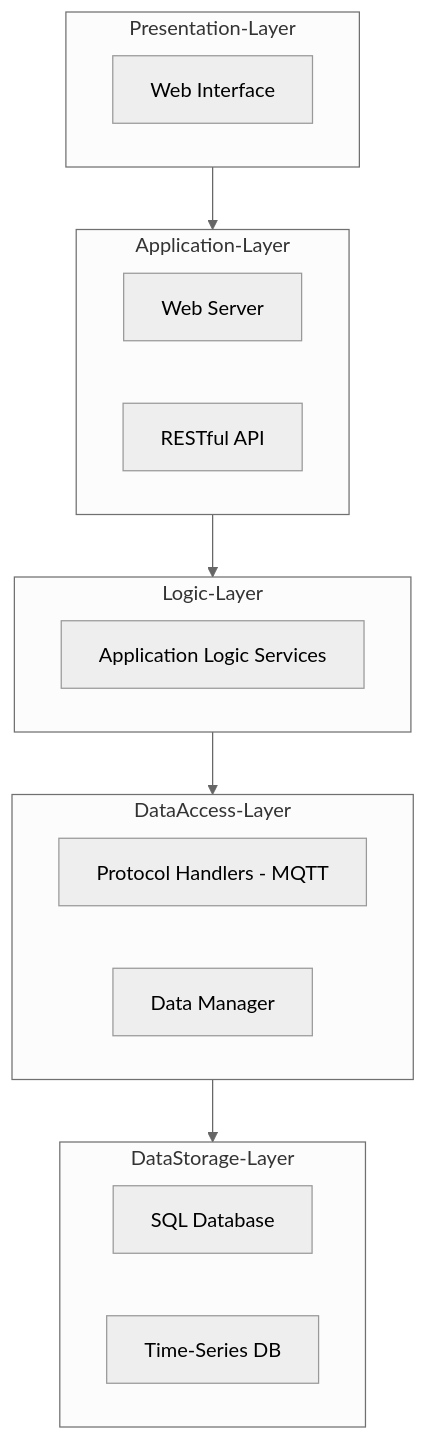
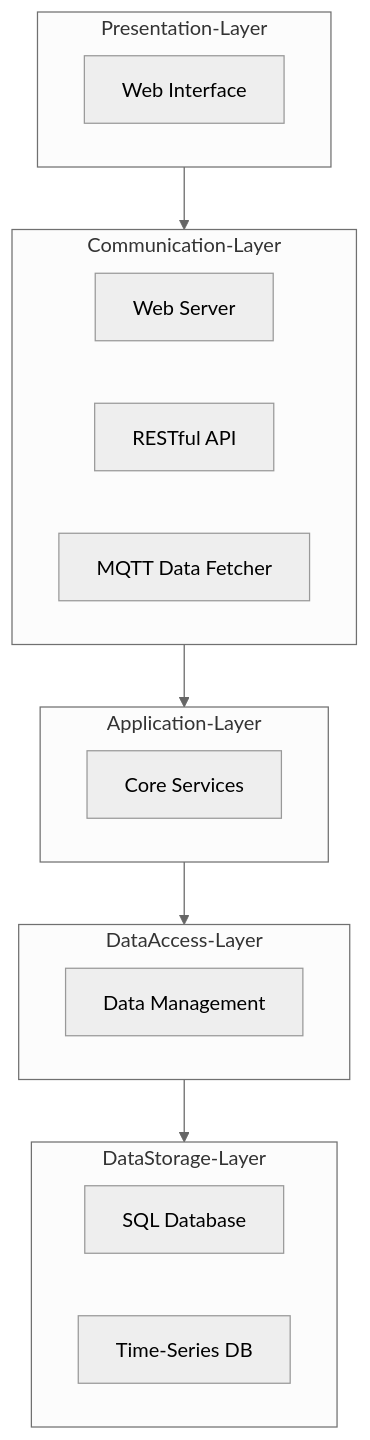
One commit to Distributed-IoT-Software-Arch-Course/iot-monolithic-arch-playground changed the diagram in README.md. Above: the diagram before and after it, drawn with Mermaid (neutral theme). The commit also changed other lines of this file and 30 other files, not shown here.

Commit message:
MQTT Data Fetcher Integrated

````diff
--- a/README.md
+++ b/README.md
@@ -13,30 +13,30 @@
 ```mermaid
 graph TD
   subgraph Presentation-Layer
     A1[Web Interface]
   end
   
-  subgraph Application-Layer
+  subgraph Communication-Layer
     B1[Web Server]
     B2[RESTful API]
+    B3[MQTT Data Fetcher]
   end
   
-  subgraph Logic-Layer
-    C1[Application Logic Services]
+  subgraph Application-Layer
+    C1[Core Services]
   end
   
   subgraph DataAccess-Layer
-    D1[Protocol Handlers - MQTT]
-    D2[Data Manager]
+    D2[Data Management]
   end
   
   subgraph DataStorage-Layer
     E1[SQL Database]
     E2[Time-Series DB]
   end
 
-  Presentation-Layer --> Application-Layer
-  Application-Layer --> Logic-Layer
-  Logic-Layer --> DataAccess-Layer
+  Presentation-Layer --> Communication-Layer
+  Communication-Layer --> Application-Layer
+  Application-Layer --> DataAccess-Layer
   DataAccess-Layer --> DataStorage-Layer
 ```
````
